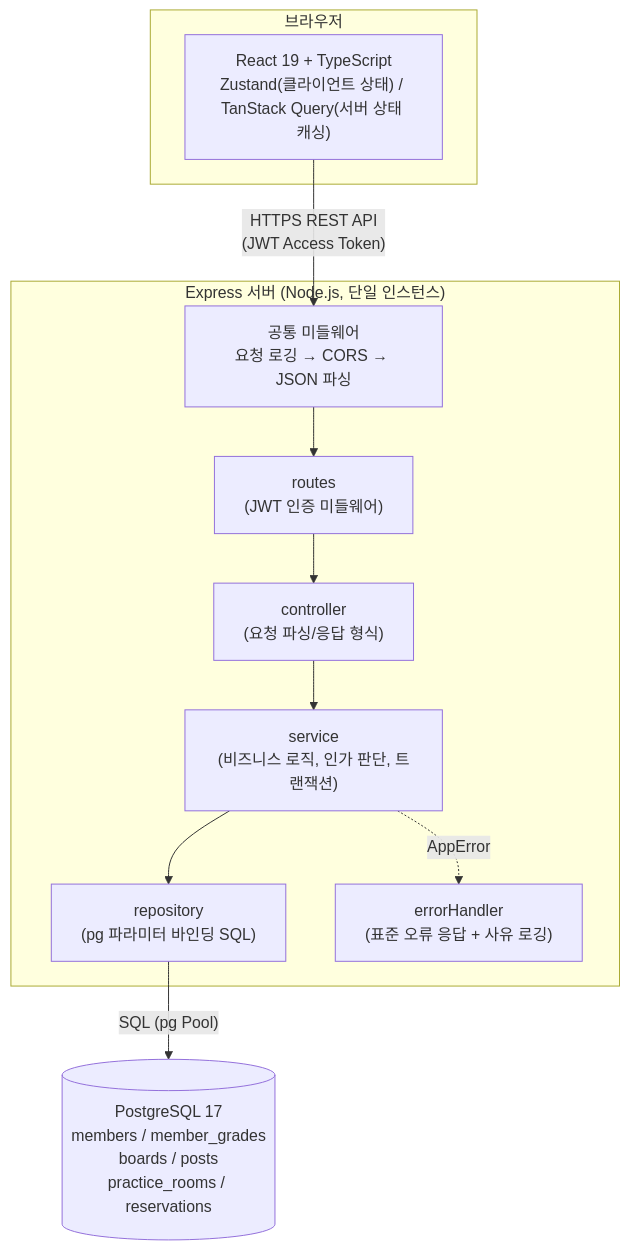
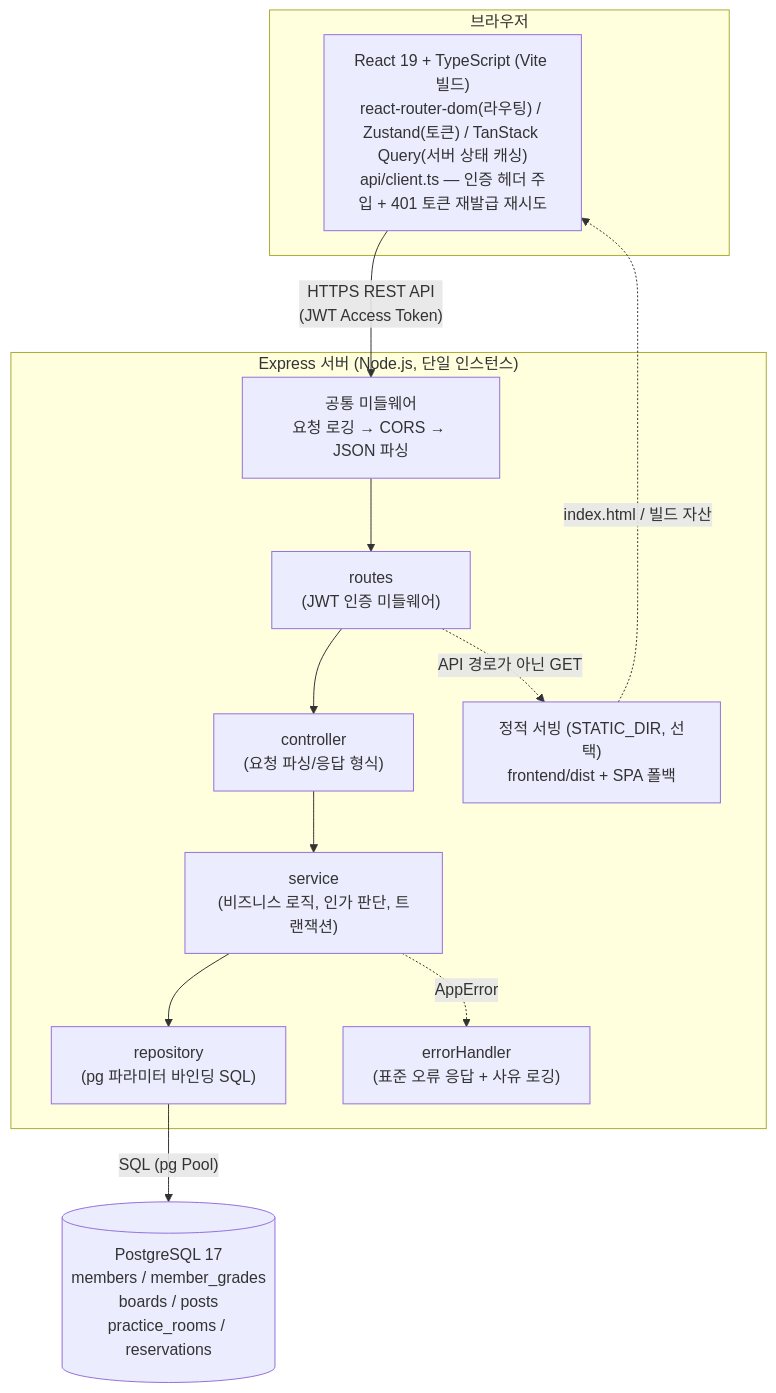
The first of 4 diagrams in docs/6-arch-diagram.md (kfanfanbT9/ClubHome), drawn with Mermaid before and after one commit. The commit also changed other lines of this file and 23 other files, not shown here.

````diff
--- a/docs/6-arch-diagram.md
+++ b/docs/6-arch-diagram.md
@@ -22,22 +23,25 @@
 ```mermaid
 flowchart TB
     subgraph Client["브라우저"]
-        FE["React 19 + TypeScript\nZustand(클라이언트 상태) / TanStack Query(서버 상태 캐싱)"]
+        FE["React 19 + TypeScript (Vite 빌드)\nreact-router-dom(라우팅) / Zustand(토큰) / TanStack Query(서버 상태 캐싱)\napi/client.ts — 인증 헤더 주입 + 401 토큰 재발급 재시도"]
     end
 
     subgraph Server["Express 서버 (Node.js, 단일 인스턴스)"]
         Mw["공통 미들웨어\n요청 로깅 → CORS → JSON 파싱"]
         Routes["routes\n(JWT 인증 미들웨어)"]
         Controller["controller\n(요청 파싱/응답 형식)"]
         Service["service\n(비즈니스 로직, 인가 판단, 트랜잭션)"]
         Repository["repository\n(pg 파라미터 바인딩 SQL)"]
         Err["errorHandler\n(표준 오류 응답 + 사유 로깅)"]
+        Static["정적 서빙 (STATIC_DIR, 선택)\nfrontend/dist + SPA 폴백"]
         Mw --> Routes --> Controller --> Service --> Repository
+        Routes -. "API 경로가 아닌 GET" .-> Static
         Service -. "AppError" .-> Err
     end
 
     DB[("PostgreSQL 17\nmembers / member_grades\nboards / posts\npractice_rooms / reservations")]
 
     FE -- "HTTPS REST API\n(JWT Access Token)" --> Mw
+    Static -. "index.html / 빌드 자산" .-> FE
     Repository -- "SQL (pg Pool)" --> DB
 ```
````
